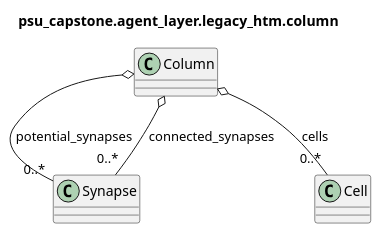
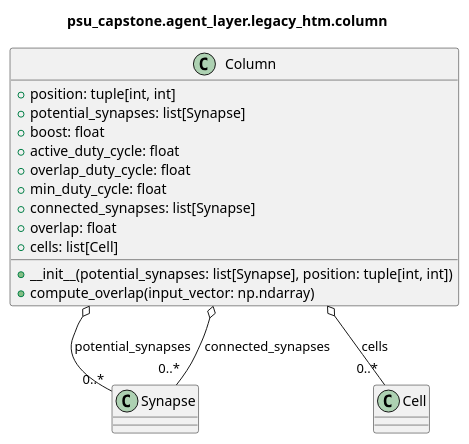
The diagram in docs/puml/psu_capstone/agent_layer/legacy_htm/column.puml (egrembocki/htmrl), drawn with PlantUML before and after one commit. The commit also changed 21 other files, not shown here.

Commit message:
Update UML diagrams with attributes and methods

```diff
--- a/docs/puml/psu_capstone/agent_layer/legacy_htm/column.puml
+++ b/docs/puml/psu_capstone/agent_layer/legacy_htm/column.puml
@@ -1,13 +1,25 @@
 @startuml
 
 title psu_capstone.agent_layer.legacy_htm.column
 
-class Column
+class Column {
+  +position: tuple[int, int]
+  +potential_synapses: list[Synapse]
+  +boost: float
+  +active_duty_cycle: float
+  +overlap_duty_cycle: float
+  +min_duty_cycle: float
+  +connected_synapses: list[Synapse]
+  +overlap: float
+  +cells: list[Cell]
+  +__init__(potential_synapses: list[Synapse], position: tuple[int, int])
+  +compute_overlap(input_vector: np.ndarray)
+}
 class Synapse
 class Cell
 
 Column o-- "0..*" Synapse : potential_synapses
 Column o-- "0..*" Synapse : connected_synapses
 Column o-- "0..*" Cell : cells
 
 @enduml
```
